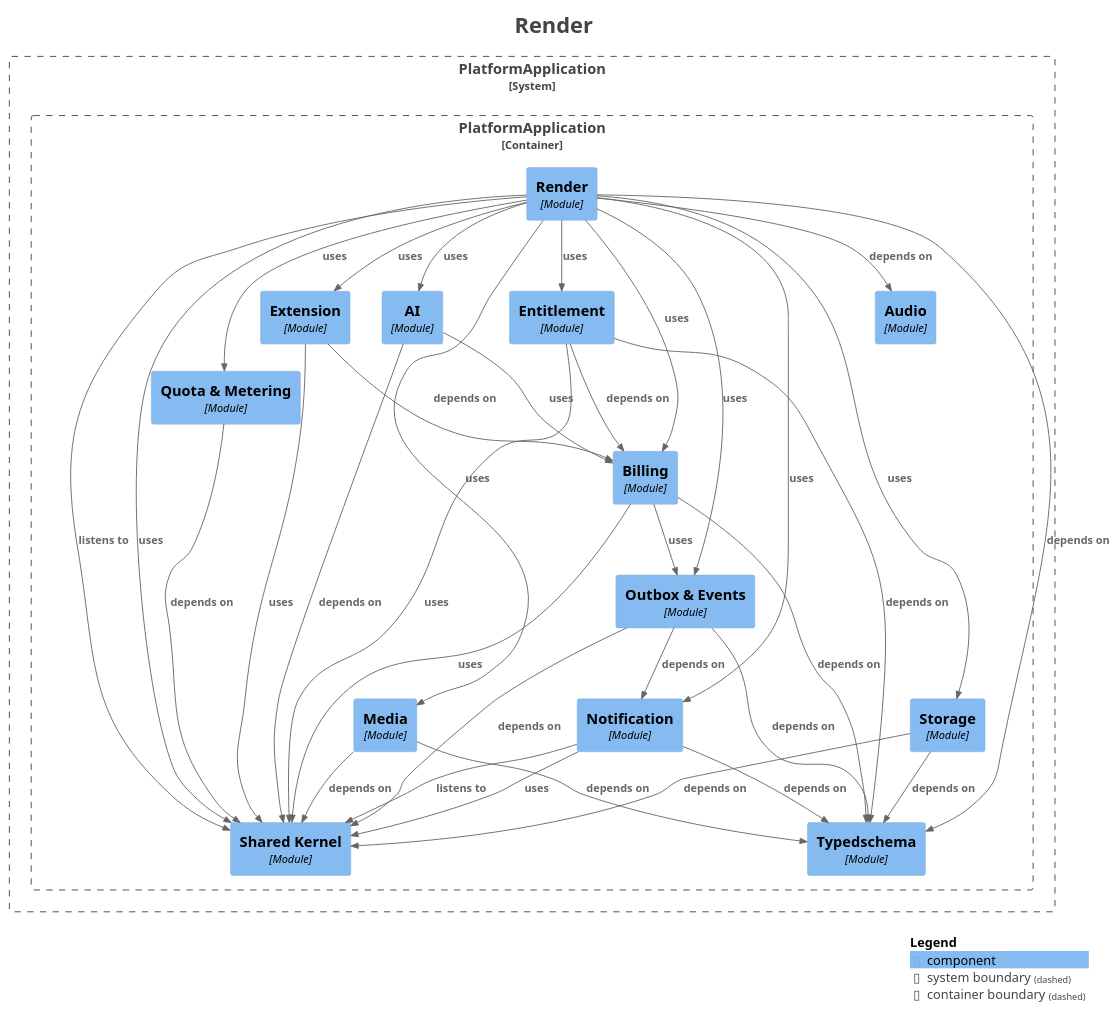
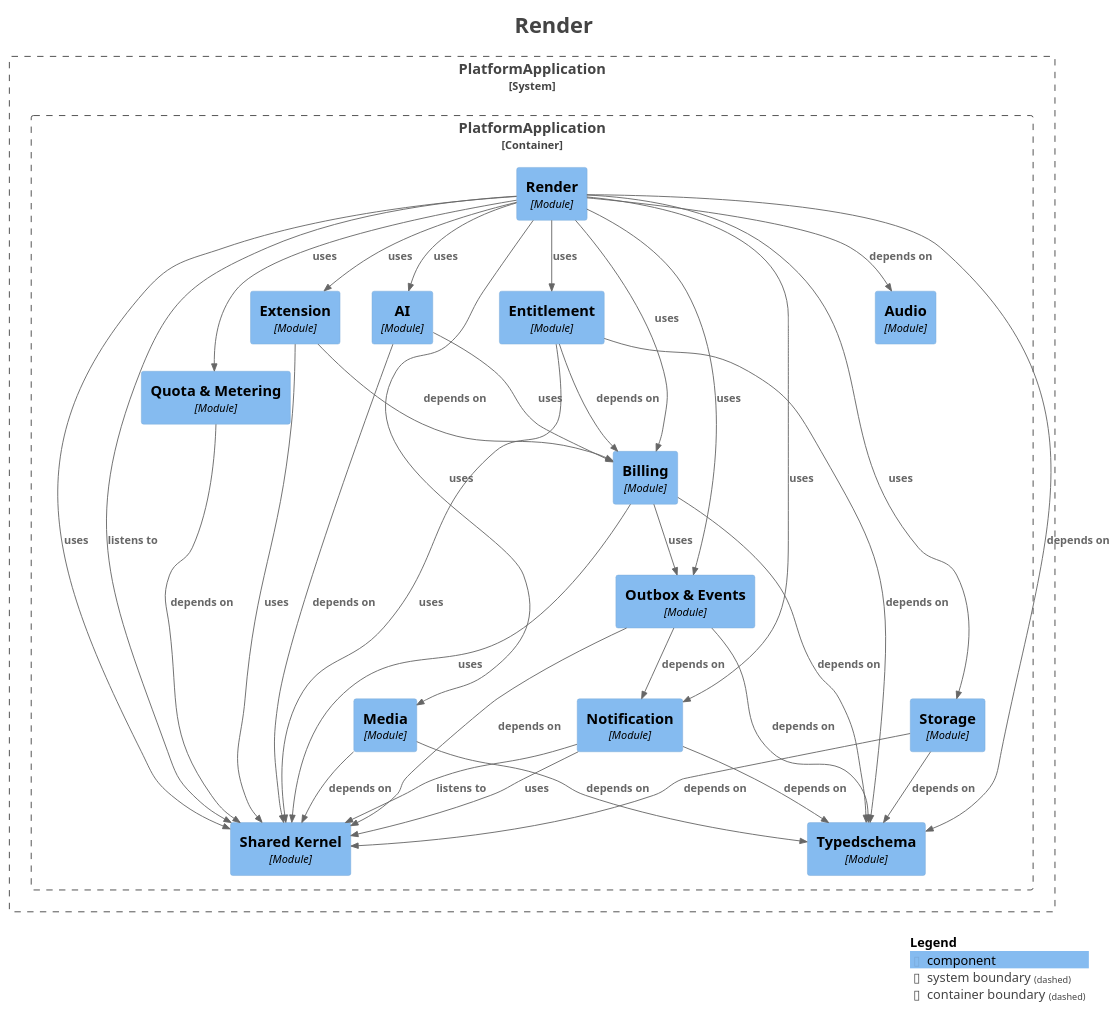
One commit to shangxq007/media-platform changed the diagram in platform-app/docs/architecture/maps/generated/modulith/module-render.puml. Above: the diagram before and after it, drawn with PlantUML. The commit also changed other lines of this file and 17 other files, not shown here.

```diff
--- a/platform-app/docs/architecture/maps/generated/modulith/module-render.puml
+++ b/platform-app/docs/architecture/maps/generated/modulith/module-render.puml
@@ -1,74 +1,74 @@
 @startuml
 title <size:24>Render</size>
 
 set separator none
 top to bottom direction
 
 <style>
   root {
     BackgroundColor: #ffffff
     FontColor: #444444
   }
 </style>
 
 !include <C4/C4>
 !include <C4/C4_Context>
 !include <C4/C4_Component>
 
 System_Boundary("PlatformApplication_boundary", "PlatformApplication", $tags="") {
   Container_Boundary("PlatformApplication.PlatformApplication_boundary", "PlatformApplication", $tags="") {
     Component(PlatformApplication.PlatformApplication.Entitlement, "Entitlement", $techn="Module", $descr="", $tags="", $link="")
     Component(PlatformApplication.PlatformApplication.Extension, "Extension", $techn="Module", $descr="", $tags="", $link="")
     Component(PlatformApplication.PlatformApplication.Media, "Media", $techn="Module", $descr="", $tags="", $link="")
     Component(PlatformApplication.PlatformApplication.Notification, "Notification", $techn="Module", $descr="", $tags="", $link="")
     Component(PlatformApplication.PlatformApplication.OutboxEvents, "Outbox & Events", $techn="Module", $descr="", $tags="", $link="")
     Component(PlatformApplication.PlatformApplication.AI, "AI", $techn="Module", $descr="", $tags="", $link="")
     Component(PlatformApplication.PlatformApplication.QuotaMetering, "Quota & Metering", $techn="Module", $descr="", $tags="", $link="")
     Component(PlatformApplication.PlatformApplication.Render, "Render", $techn="Module", $descr="", $tags="", $link="")
     Component(PlatformApplication.PlatformApplication.SharedKernel, "Shared Kernel", $techn="Module", $descr="", $tags="", $link="")
     Component(PlatformApplication.PlatformApplication.Storage, "Storage", $techn="Module", $descr="", $tags="", $link="")
     Component(PlatformApplication.PlatformApplication.Typedschema, "Typedschema", $techn="Module", $descr="", $tags="", $link="")
     Component(PlatformApplication.PlatformApplication.Audio, "Audio", $techn="Module", $descr="", $tags="", $link="")
     Component(PlatformApplication.PlatformApplication.Billing, "Billing", $techn="Module", $descr="", $tags="", $link="")
   }
 
 }
 
+Rel(PlatformApplication.PlatformApplication.Storage, PlatformApplication.PlatformApplication.Typedschema, "depends on", $techn="", $tags="", $link="")
+Rel(PlatformApplication.PlatformApplication.Storage, PlatformApplication.PlatformApplication.SharedKernel, "depends on", $techn="", $tags="", $link="")
+Rel(PlatformApplication.PlatformApplication.Render, PlatformApplication.PlatformApplication.SharedKernel, "listens to", $techn="", $tags="", $link="")
+Rel(PlatformApplication.PlatformApplication.Render, PlatformApplication.PlatformApplication.Typedschema, "depends on", $techn="", $tags="", $link="")
+Rel(PlatformApplication.PlatformApplication.Render, PlatformApplication.PlatformApplication.Audio, "depends on", $techn="", $tags="", $link="")
+Rel(PlatformApplication.PlatformApplication.Render, PlatformApplication.PlatformApplication.Storage, "uses", $techn="", $tags="", $link="")
 Rel(PlatformApplication.PlatformApplication.Render, PlatformApplication.PlatformApplication.AI, "uses", $techn="", $tags="", $link="")
 Rel(PlatformApplication.PlatformApplication.Render, PlatformApplication.PlatformApplication.Notification, "uses", $techn="", $tags="", $link="")
 Rel(PlatformApplication.PlatformApplication.Render, PlatformApplication.PlatformApplication.Entitlement, "uses", $techn="", $tags="", $link="")
 Rel(PlatformApplication.PlatformApplication.Render, PlatformApplication.PlatformApplication.Billing, "uses", $techn="", $tags="", $link="")
 Rel(PlatformApplication.PlatformApplication.Render, PlatformApplication.PlatformApplication.Extension, "uses", $techn="", $tags="", $link="")
 Rel(PlatformApplication.PlatformApplication.Render, PlatformApplication.PlatformApplication.OutboxEvents, "uses", $techn="", $tags="", $link="")
 Rel(PlatformApplication.PlatformApplication.Render, PlatformApplication.PlatformApplication.Media, "uses", $techn="", $tags="", $link="")
 Rel(PlatformApplication.PlatformApplication.Render, PlatformApplication.PlatformApplication.SharedKernel, "uses", $techn="", $tags="", $link="")
 Rel(PlatformApplication.PlatformApplication.Render, PlatformApplication.PlatformApplication.QuotaMetering, "uses", $techn="", $tags="", $link="")
+Rel(PlatformApplication.PlatformApplication.AI, PlatformApplication.PlatformApplication.SharedKernel, "depends on", $techn="", $tags="", $link="")
+Rel(PlatformApplication.PlatformApplication.AI, PlatformApplication.PlatformApplication.Billing, "uses", $techn="", $tags="", $link="")
+Rel(PlatformApplication.PlatformApplication.QuotaMetering, PlatformApplication.PlatformApplication.SharedKernel, "depends on", $techn="", $tags="", $link="")
+Rel(PlatformApplication.PlatformApplication.Billing, PlatformApplication.PlatformApplication.Typedschema, "depends on", $techn="", $tags="", $link="")
+Rel(PlatformApplication.PlatformApplication.Billing, PlatformApplication.PlatformApplication.SharedKernel, "uses", $techn="", $tags="", $link="")
+Rel(PlatformApplication.PlatformApplication.Billing, PlatformApplication.PlatformApplication.OutboxEvents, "uses", $techn="", $tags="", $link="")
+Rel(PlatformApplication.PlatformApplication.OutboxEvents, PlatformApplication.PlatformApplication.SharedKernel, "depends on", $techn="", $tags="", $link="")
+Rel(PlatformApplication.PlatformApplication.OutboxEvents, PlatformApplication.PlatformApplication.Notification, "depends on", $techn="", $tags="", $link="")
+Rel(PlatformApplication.PlatformApplication.OutboxEvents, PlatformApplication.PlatformApplication.Typedschema, "depends on", $techn="", $tags="", $link="")
 Rel(PlatformApplication.PlatformApplication.Entitlement, PlatformApplication.PlatformApplication.Billing, "depends on", $techn="", $tags="", $link="")
 Rel(PlatformApplication.PlatformApplication.Entitlement, PlatformApplication.PlatformApplication.Typedschema, "depends on", $techn="", $tags="", $link="")
 Rel(PlatformApplication.PlatformApplication.Entitlement, PlatformApplication.PlatformApplication.SharedKernel, "uses", $techn="", $tags="", $link="")
-Rel(PlatformApplication.PlatformApplication.AI, PlatformApplication.PlatformApplication.SharedKernel, "depends on", $techn="", $tags="", $link="")
-Rel(PlatformApplication.PlatformApplication.AI, PlatformApplication.PlatformApplication.Billing, "uses", $techn="", $tags="", $link="")
-Rel(PlatformApplication.PlatformApplication.Billing, PlatformApplication.PlatformApplication.Typedschema, "depends on", $techn="", $tags="", $link="")
-Rel(PlatformApplication.PlatformApplication.Billing, PlatformApplication.PlatformApplication.SharedKernel, "uses", $techn="", $tags="", $link="")
-Rel(PlatformApplication.PlatformApplication.Billing, PlatformApplication.PlatformApplication.OutboxEvents, "uses", $techn="", $tags="", $link="")
-Rel(PlatformApplication.PlatformApplication.Extension, PlatformApplication.PlatformApplication.Billing, "depends on", $techn="", $tags="", $link="")
-Rel(PlatformApplication.PlatformApplication.Extension, PlatformApplication.PlatformApplication.SharedKernel, "uses", $techn="", $tags="", $link="")
-Rel(PlatformApplication.PlatformApplication.OutboxEvents, PlatformApplication.PlatformApplication.SharedKernel, "depends on", $techn="", $tags="", $link="")
-Rel(PlatformApplication.PlatformApplication.OutboxEvents, PlatformApplication.PlatformApplication.Notification, "depends on", $techn="", $tags="", $link="")
-Rel(PlatformApplication.PlatformApplication.OutboxEvents, PlatformApplication.PlatformApplication.Typedschema, "depends on", $techn="", $tags="", $link="")
 Rel(PlatformApplication.PlatformApplication.Media, PlatformApplication.PlatformApplication.SharedKernel, "depends on", $techn="", $tags="", $link="")
 Rel(PlatformApplication.PlatformApplication.Media, PlatformApplication.PlatformApplication.Typedschema, "depends on", $techn="", $tags="", $link="")
-Rel(PlatformApplication.PlatformApplication.Storage, PlatformApplication.PlatformApplication.Typedschema, "depends on", $techn="", $tags="", $link="")
-Rel(PlatformApplication.PlatformApplication.Storage, PlatformApplication.PlatformApplication.SharedKernel, "depends on", $techn="", $tags="", $link="")
-Rel(PlatformApplication.PlatformApplication.QuotaMetering, PlatformApplication.PlatformApplication.SharedKernel, "depends on", $techn="", $tags="", $link="")
 Rel(PlatformApplication.PlatformApplication.Notification, PlatformApplication.PlatformApplication.SharedKernel, "listens to", $techn="", $tags="", $link="")
 Rel(PlatformApplication.PlatformApplication.Notification, PlatformApplication.PlatformApplication.Typedschema, "depends on", $techn="", $tags="", $link="")
 Rel(PlatformApplication.PlatformApplication.Notification, PlatformApplication.PlatformApplication.SharedKernel, "uses", $techn="", $tags="", $link="")
-Rel(PlatformApplication.PlatformApplication.Render, PlatformApplication.PlatformApplication.SharedKernel, "listens to", $techn="", $tags="", $link="")
-Rel(PlatformApplication.PlatformApplication.Render, PlatformApplication.PlatformApplication.Typedschema, "depends on", $techn="", $tags="", $link="")
-Rel(PlatformApplication.PlatformApplication.Render, PlatformApplication.PlatformApplication.Audio, "depends on", $techn="", $tags="", $link="")
-Rel(PlatformApplication.PlatformApplication.Render, PlatformApplication.PlatformApplication.Storage, "uses", $techn="", $tags="", $link="")
+Rel(PlatformApplication.PlatformApplication.Extension, PlatformApplication.PlatformApplication.Billing, "depends on", $techn="", $tags="", $link="")
+Rel(PlatformApplication.PlatformApplication.Extension, PlatformApplication.PlatformApplication.SharedKernel, "uses", $techn="", $tags="", $link="")
 
 SHOW_LEGEND(true)
 hide stereotypes
 @enduml
```
